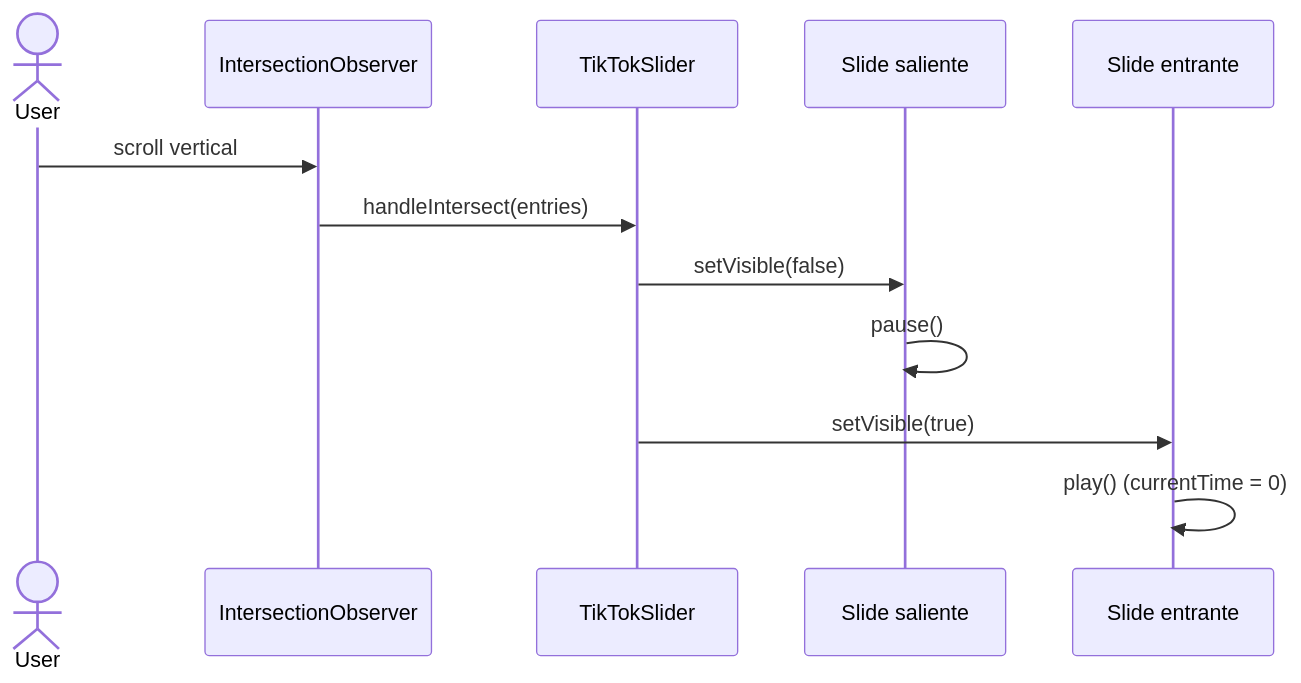
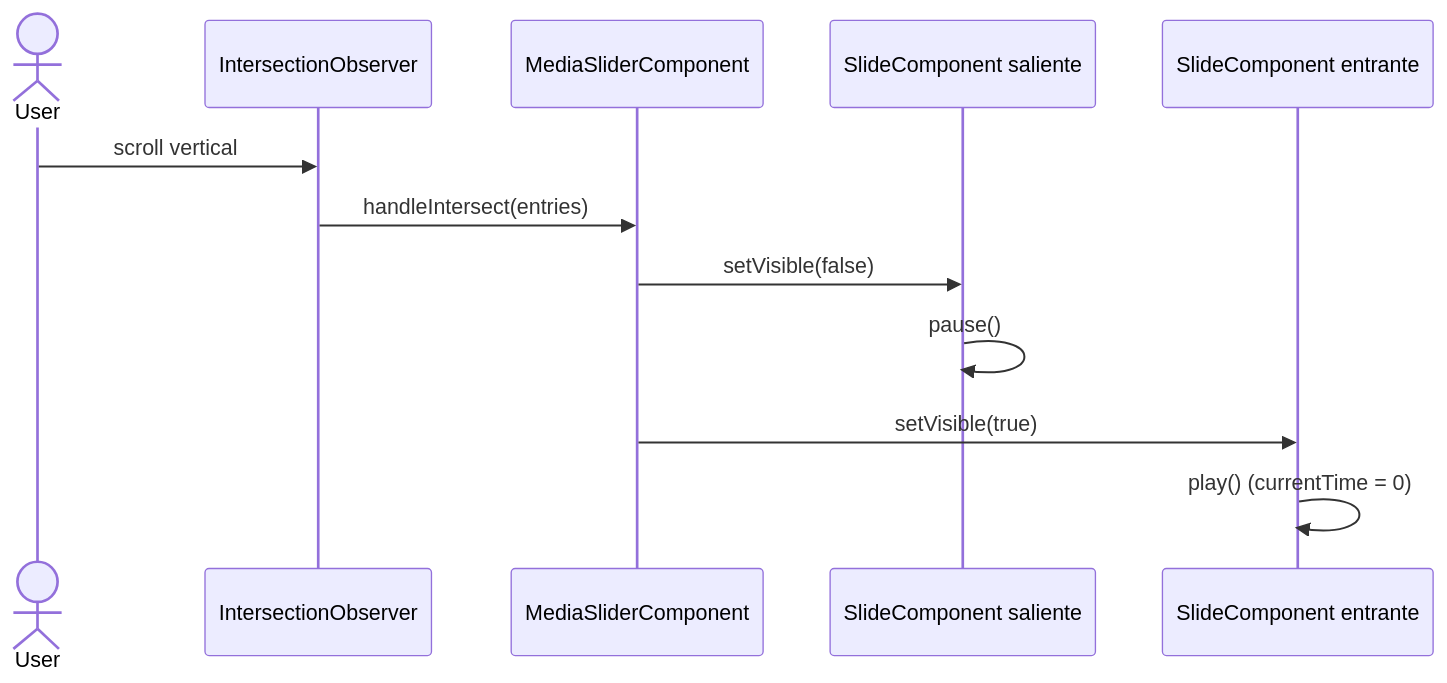
Before and after one commit to FranMaster08/media-slider: the sixth of 8 diagrams in CLASS_DIAGRAM.md, drawn with Mermaid. The commit also changed other lines of this file and 47 other files, not shown here.

First line of the commit message:
feat: renombrar a media-slider y añadir persistencia con json-server

````diff
--- a/CLASS_DIAGRAM.md
+++ b/CLASS_DIAGRAM.md
@@ -125,15 +237,15 @@
 ```mermaid
 sequenceDiagram
     actor User
     participant IO as IntersectionObserver
-    participant T as TikTokSlider
-    participant S1 as Slide saliente
-    participant S2 as Slide entrante
+    participant T as MediaSliderComponent
+    participant S1 as SlideComponent saliente
+    participant S2 as SlideComponent entrante
 
     User->>IO: scroll vertical
     IO->>T: handleIntersect(entries)
     T->>S1: setVisible(false)
     S1->>S1: pause()
     T->>S2: setVisible(true)
     S2->>S2: play() (currentTime = 0)
 ```
````
